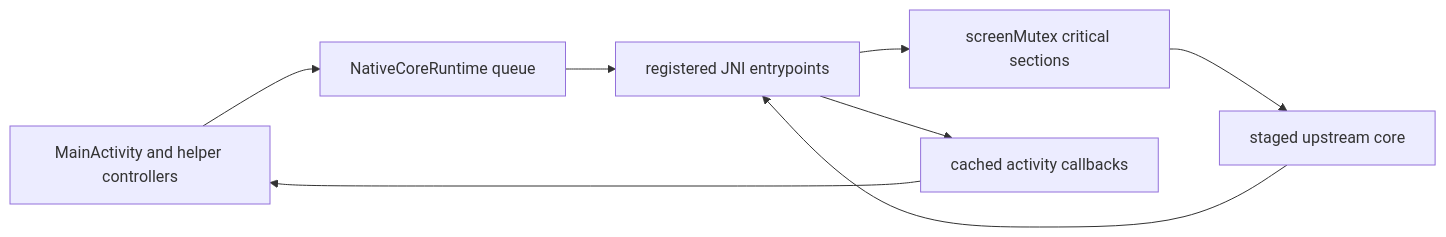
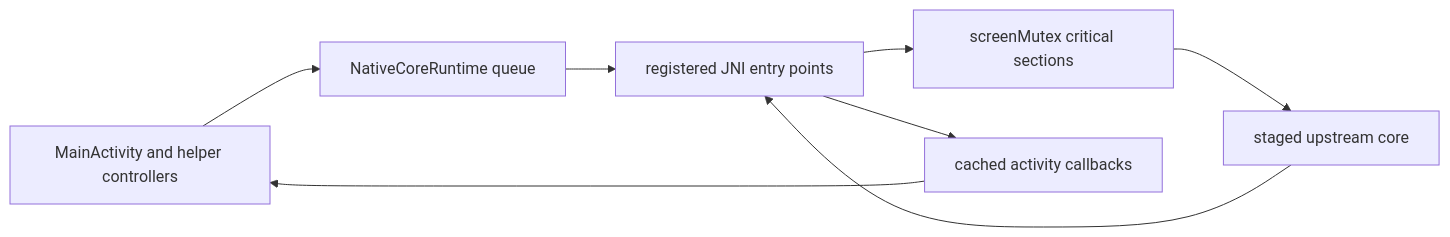
Before and after one commit to ppigazzini/r47zen: the diagram in android/docs/dev/03-upstream-interface-surfaces.md, drawn with Mermaid. The commit also changed 13 other files, not shown here.

````diff
--- a/android/docs/dev/03-upstream-interface-surfaces.md
+++ b/android/docs/dev/03-upstream-interface-surfaces.md
@@ -30,12 +30,12 @@
 ```mermaid
 flowchart LR
   A[MainActivity and helper controllers]
   B[NativeCoreRuntime queue]
-  C[registered JNI entrypoints]
+  C[registered JNI entry points]
   D[screenMutex critical sections]
   E[staged upstream core]
   F[cached activity callbacks]
 
   A --> B --> C --> D --> E
   E --> C --> F --> A
 ```
````
